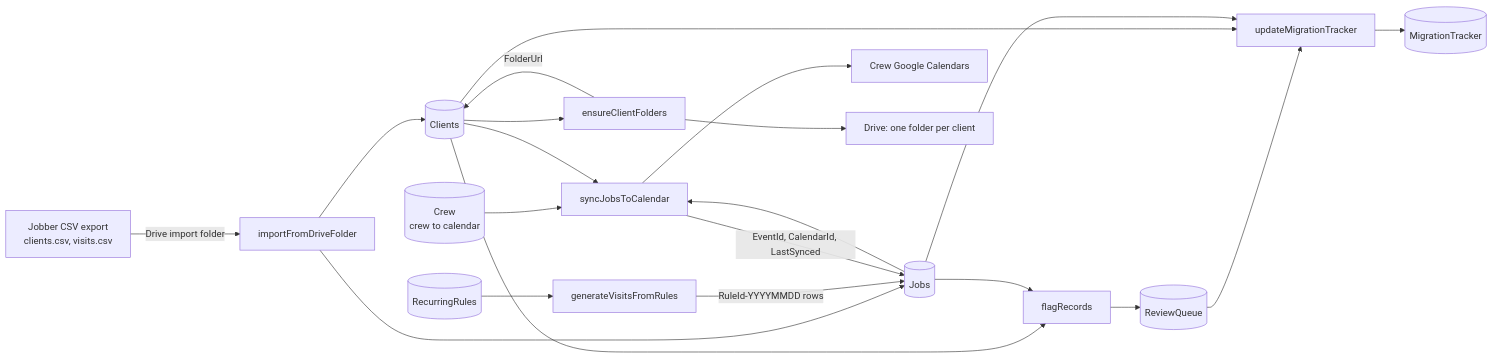
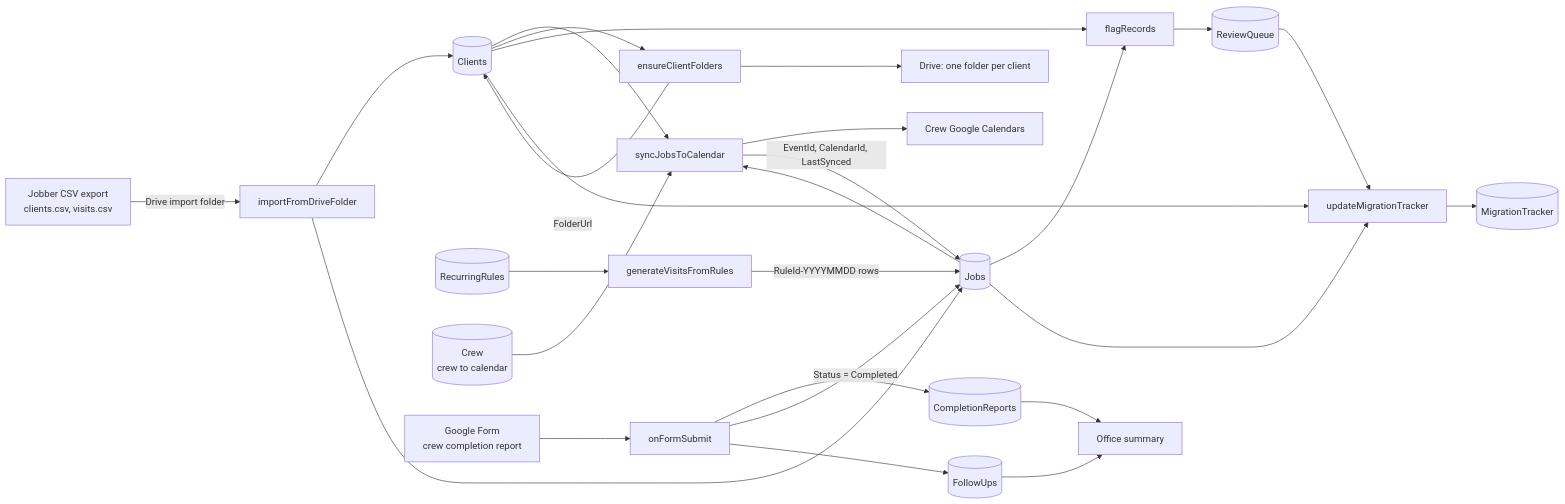
The diagram in README.md (reypage-tech/gas-jobber-to-google-ops-sample), drawn with Mermaid before and after one commit. The commit also changed other lines of this file and 8 other files, not shown here.

Commit message:
Add completion reporting; keep completed visits as [Done]

````diff
--- a/README.md
+++ b/README.md
@@ -16,23 +17,29 @@
 ```mermaid
 flowchart LR
   J[Jobber CSV export<br/>clients.csv, visits.csv] -->|Drive import folder| I[importFromDriveFolder]
   I --> C[(Clients)]
   I --> V[(Jobs)]
   R[(RecurringRules)] --> GV[generateVisitsFromRules]
   GV -->|RuleId-YYYYMMDD rows| V
   K[(Crew<br/>crew to calendar)] --> S[syncJobsToCalendar]
   C --> S
   V --> S
   S --> G[Crew Google Calendars]
   S -->|EventId, CalendarId, LastSynced| V
   C --> F[ensureClientFolders]
   F --> D[Drive: one folder per client]
   F -->|FolderUrl| C
   C --> FR[flagRecords]
   V --> FR
   FR --> Q[(ReviewQueue)]
   Q --> T[updateMigrationTracker]
   C --> T
   V --> T
   T --> M[(MigrationTracker)]
+  GF[Google Form<br/>crew completion report] --> OF[onFormSubmit]
+  OF --> CR[(CompletionReports)]
+  OF -->|Status = Completed| V
+  OF --> FU[(FollowUps)]
+  CR --> SUM[Office summary]
+  FU --> SUM
 ```
````
